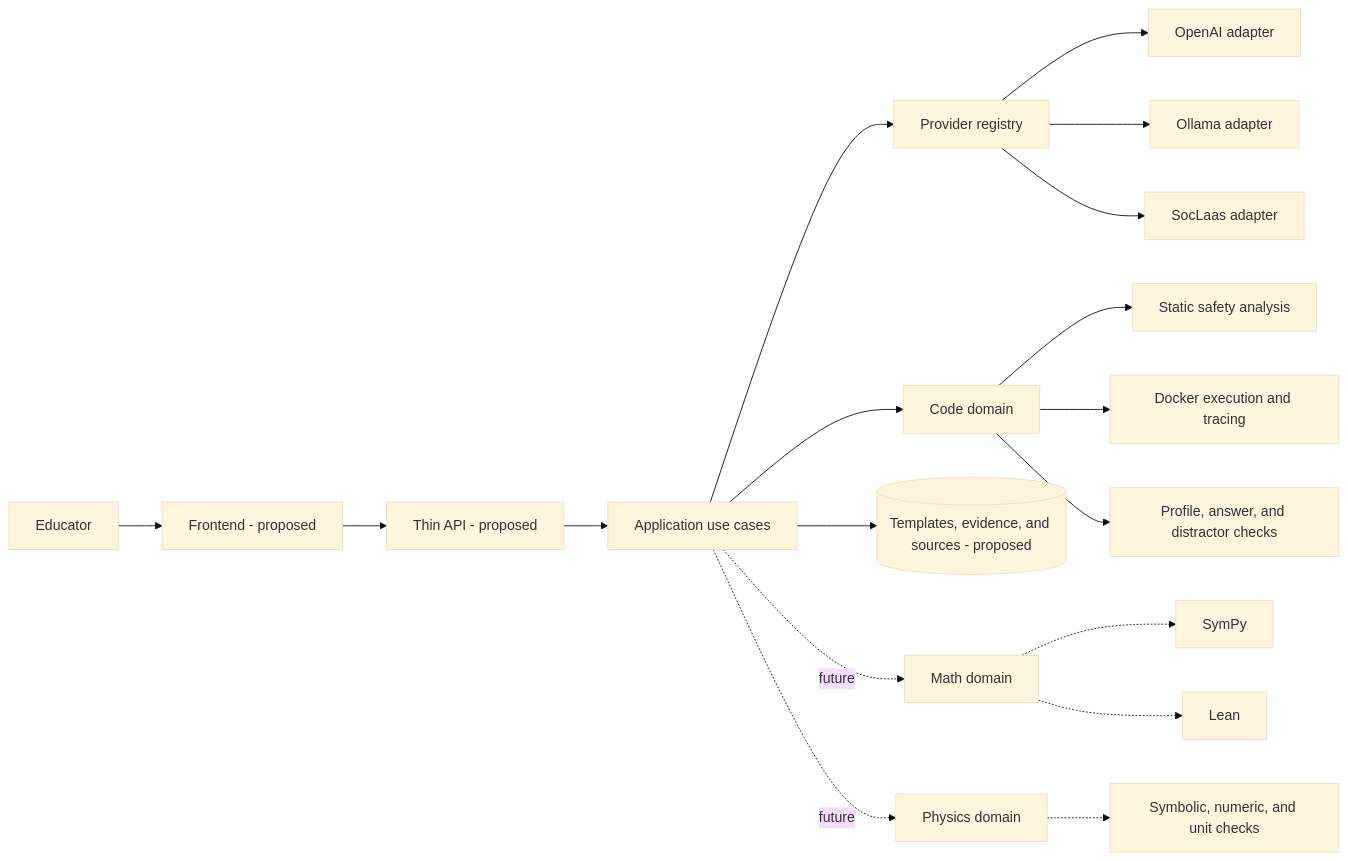
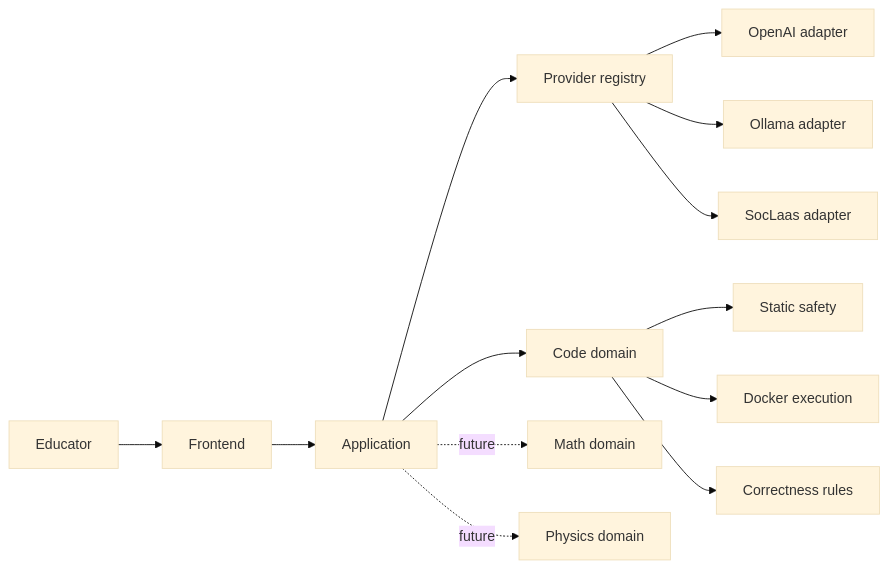
One commit to edcraft-org/ai changed the first of 2 diagrams in PROJECT_PROPOSAL.md. Above: the diagram before and after it, drawn with Mermaid (base theme). The commit also changed other lines of this file, not shown here.

Commit message:
docs: shorten proposal and fix Mermaid flow

````diff
--- a/PROJECT_PROPOSAL.md
+++ b/PROJECT_PROPOSAL.md
@@ -128,24 +79,18 @@
 ```mermaid
 flowchart LR
-    E[Educator] --> UI[Frontend - proposed]
-    UI --> API[Thin API - proposed]
-    API --> APP[Application use cases]
+    E[Educator] --> UI[Frontend]
+    UI --> APP[Application]
 
     APP --> REG[Provider registry]
     REG --> OA[OpenAI adapter]
     REG --> OL[Ollama adapter]
     REG --> SL[SocLaas adapter]
 
     APP --> CODE[Code domain]
-    CODE --> SAFE[Static safety analysis]
-    CODE --> DOCKER[Docker execution and tracing]
-    CODE --> RULES[Profile, answer, and distractor checks]
-
-    APP --> STORE[(Templates, evidence, and sources - proposed)]
+    CODE --> SAFE[Static safety]
+    CODE --> EXEC[Docker execution]
+    CODE --> RULES[Correctness rules]
 
     APP -. future .-> MATH[Math domain]
-    MATH -.-> SYMPY[SymPy]
-    MATH -.-> LEAN[Lean]
     APP -. future .-> PHYS[Physics domain]
-    PHYS -.-> PTOOLS[Symbolic, numeric, and unit checks]
 ```
````
